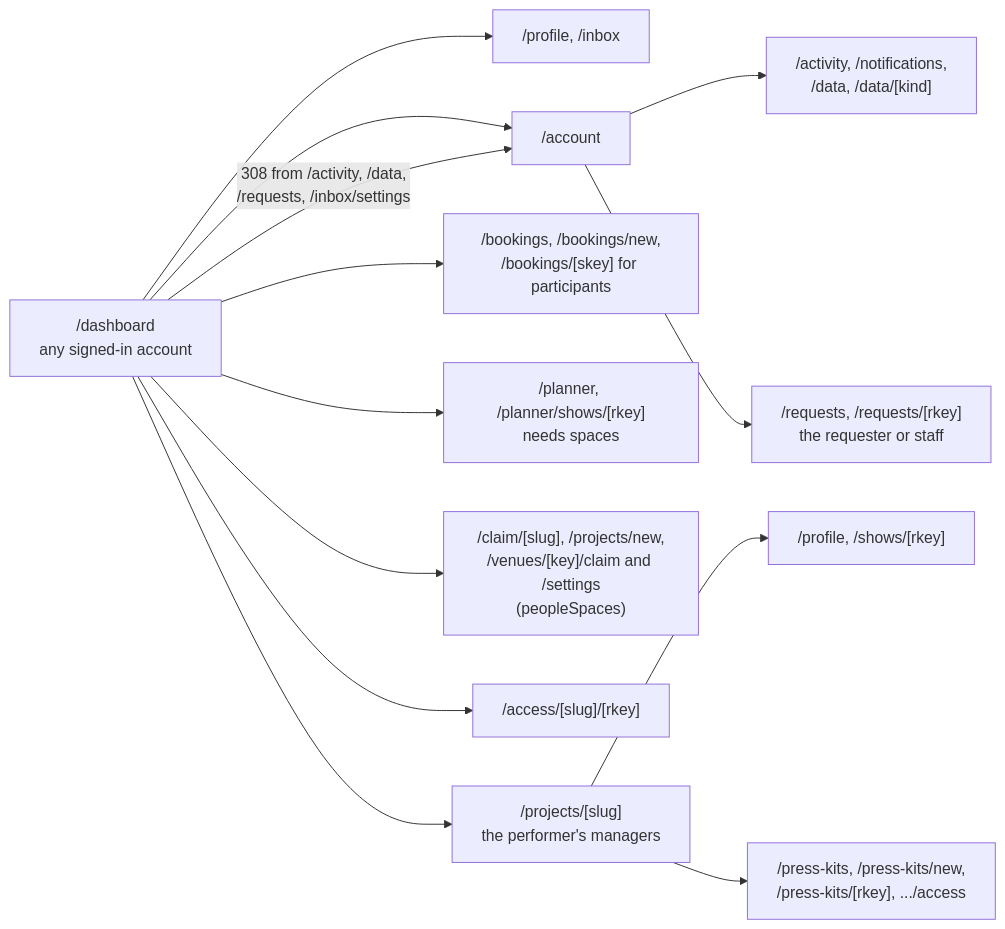
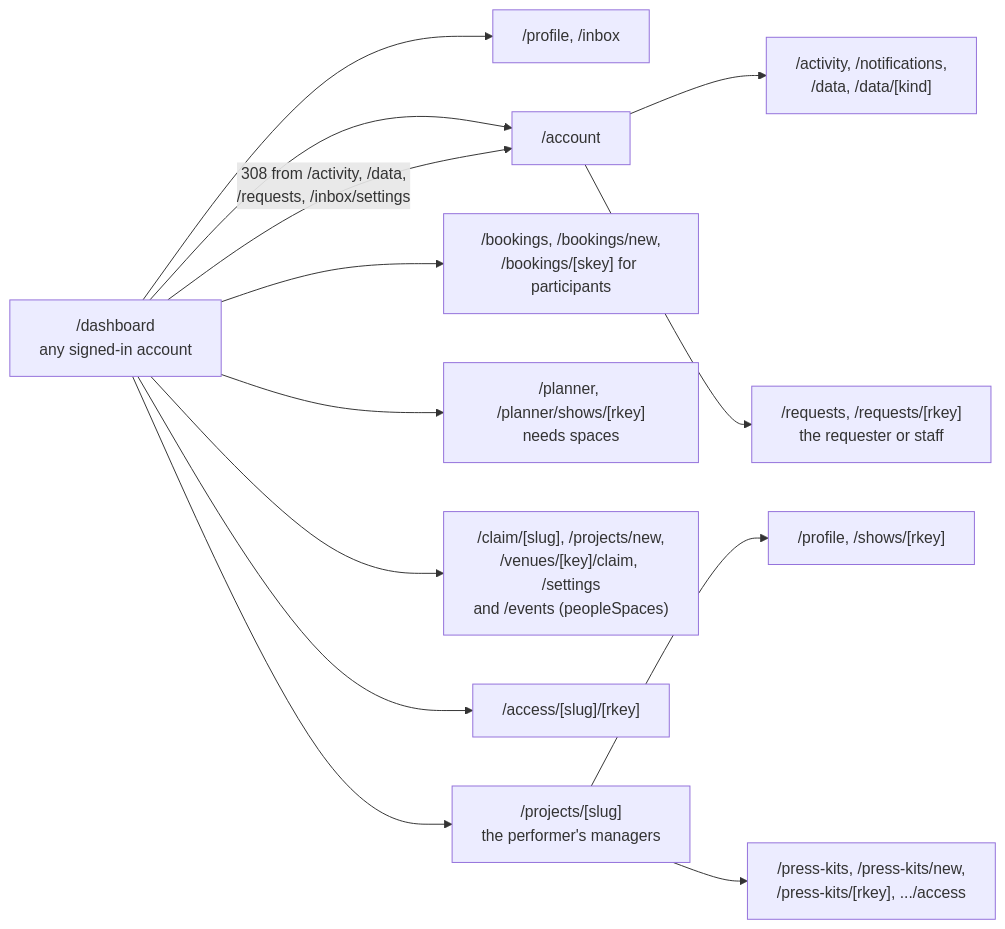
Before and after one commit to cutenode/localnetwork: the eighth of 11 diagrams in apps/web/docs/diagrams/requests-and-routes.md, drawn with Mermaid. The commit also changed 35 other files, not shown here.

````diff
--- a/apps/web/docs/diagrams/requests-and-routes.md
+++ b/apps/web/docs/diagrams/requests-and-routes.md
@@ -179,16 +179,16 @@
 ```mermaid
 flowchart LR
   Dash["/dashboard<br/>any signed-in account"]
   Dash --> Over["/profile, /inbox"]
   Dash --> Account["/account"]
   Account --> Yours["/activity, /notifications,<br/>/data, /data/[kind]"]
   Account --> Req["/requests, /requests/[rkey]<br/>the requester or staff"]
   Dash -- "308 from /activity, /data,<br/>/requests, /inbox/settings" --> Account
   Dash --> Book["/bookings, /bookings/new,<br/>/bookings/[skey] for participants"]
   Dash --> Plan["/planner, /planner/shows/[rkey]<br/>needs spaces"]
-  Dash --> Claim["/claim/[slug], /projects/new,<br/>/venues/[key]/claim and /settings<br/>(peopleSpaces)"]
+  Dash --> Claim["/claim/[slug], /projects/new,<br/>/venues/[key]/claim, /settings<br/>and /events (peopleSpaces)"]
   Dash --> Access["/access/[slug]/[rkey]"]
   Dash --> Manage["/projects/[slug]<br/>the performer's managers"]
   Manage --> Mine["/profile, /shows/[rkey]"]
   Manage --> Kits["/press-kits, /press-kits/new,<br/>/press-kits/[rkey], .../access"]
 ```
````
